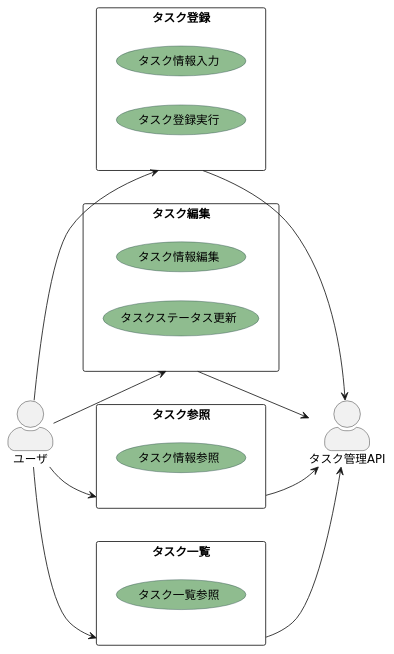
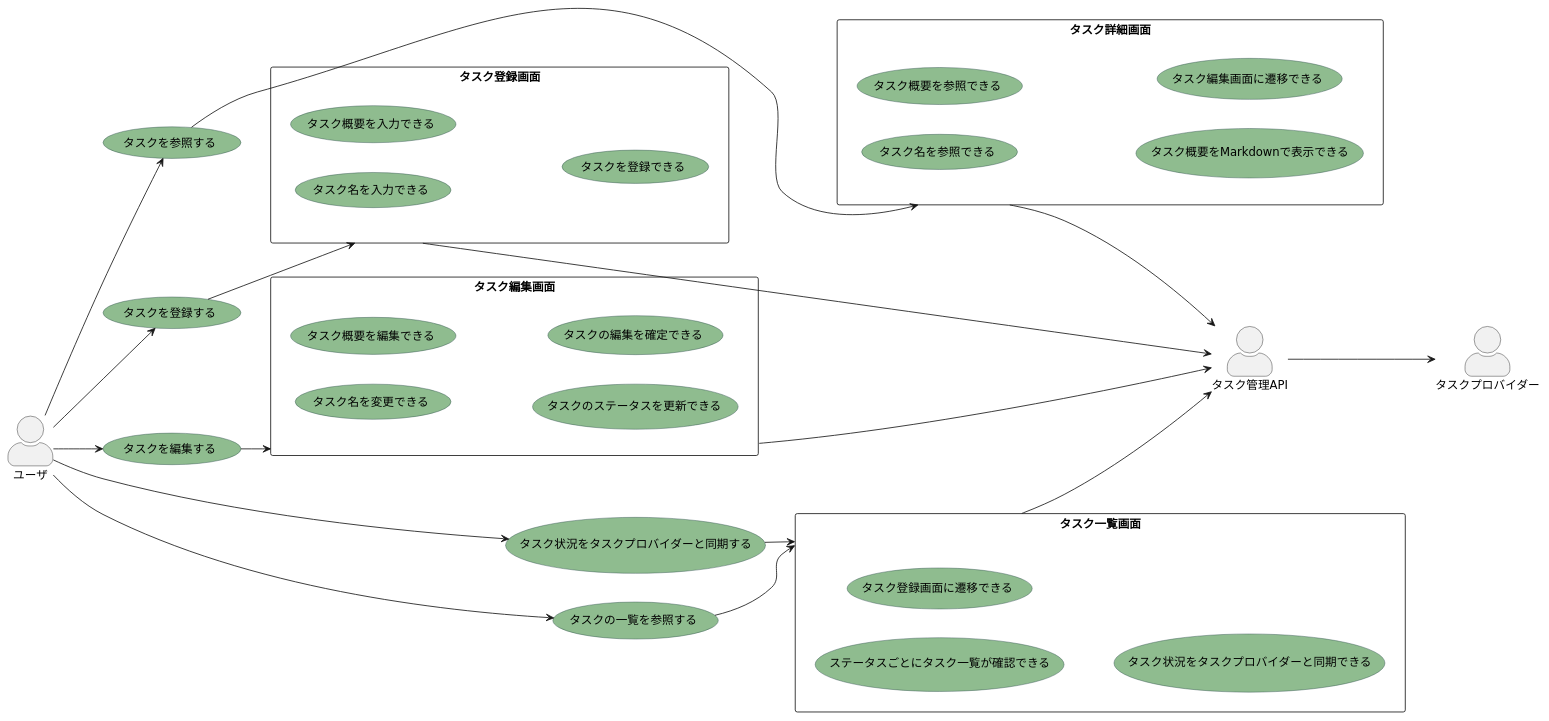
Before and after one commit to yuya-okada527/panopticon-docs: the diagram in docs/mvp/usecase.pu, drawn with PlantUML.

Commit message:
mvp usecase diagram

```diff
--- a/docs/mvp/usecase.pu
+++ b/docs/mvp/usecase.pu
@@ -1,35 +1,64 @@
 @startuml MVP
+' 設定
 left to right direction
 skinparam actorStyle awesome
 skinparam usecase {
   BackgroundColor DarkSeaGreen
   BorderColor DarkSlateGray
 }
+' ユースケース
+usecase タスクを登録する
+usecase タスクを編集する
+usecase タスクを参照する
+usecase タスクの一覧を参照する
+usecase タスク状況をタスクプロバイダーと同期する
 
-rectangle タスク登録 {
-  usecase タスク情報入力
-  usecase タスク登録実行
+' 画面
+rectangle タスク登録画面 {
+  usecase タスク名を入力できる
+  usecase タスク概要を入力できる
+  usecase タスクを登録できる
 }
-rectangle タスク編集 {
-  usecase タスク情報編集
-  usecase タスクステータス更新
+rectangle タスク編集画面 {
+  usecase タスク名を変更できる
+  usecase タスク概要を編集できる
+  usecase タスクのステータスを更新できる
+  usecase タスクの編集を確定できる
 }
-rectangle タスク参照 {
-  usecase タスク情報参照
+rectangle タスク詳細画面 {
+  usecase タスク名を参照できる
+  usecase タスク概要を参照できる
+  usecase タスク概要をMarkdownで表示できる
+  usecase タスク編集画面に遷移できる
 }
-rectangle タスク一覧 {
-  usecase タスク一覧参照
+rectangle タスク一覧画面 {
+  usecase ステータスごとにタスク一覧が確認できる
+  usecase タスクのステータスを更新できる
+  usecase タスク登録画面に遷移できる
+  usecase タスク状況をタスクプロバイダーと同期できる
 }
+
+' アクター
 actor ユーザ
-ユーザ --> タスク登録
-ユーザ --> タスク編集
-ユーザ --> タスク参照
-ユーザ --> タスク一覧
+ユーザ --> タスクを登録する
+ユーザ --> タスクを編集する
+ユーザ --> タスクを参照する
+ユーザ --> タスクの一覧を参照する
+ユーザ --> タスク状況をタスクプロバイダーと同期する
+
+タスクを登録する --> タスク登録画面
+タスクを編集する --> タスク編集画面
+タスクを参照する --> タスク詳細画面
+タスクの一覧を参照する --> タスク一覧画面
+タスク状況をタスクプロバイダーと同期する --> タスク一覧画面
 
 actor タスク管理API
-タスク登録 --> タスク管理API
-タスク編集 --> タスク管理API
-タスク参照 --> タスク管理API
-タスク一覧 --> タスク管理API
+タスク登録画面 --> タスク管理API
+タスク編集画面 --> タスク管理API
+タスク詳細画面 --> タスク管理API
+タスク一覧画面 --> タスク管理API
+
+actor タスクプロバイダー
+タスク管理API --> タスクプロバイダー
 
 @enduml
```
